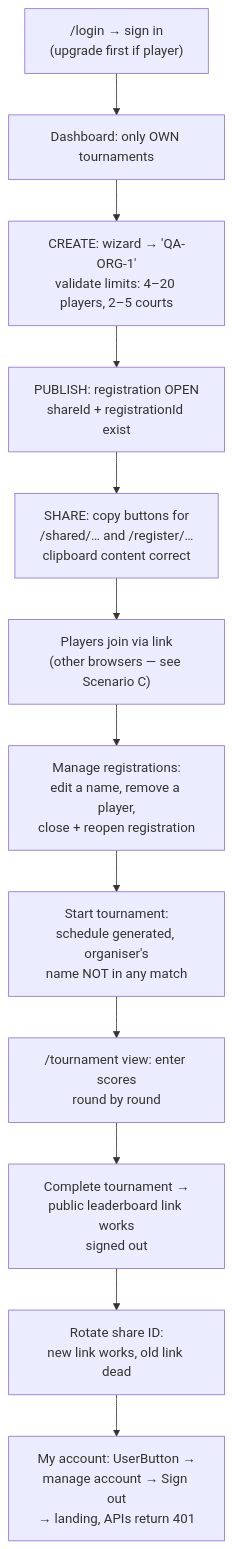
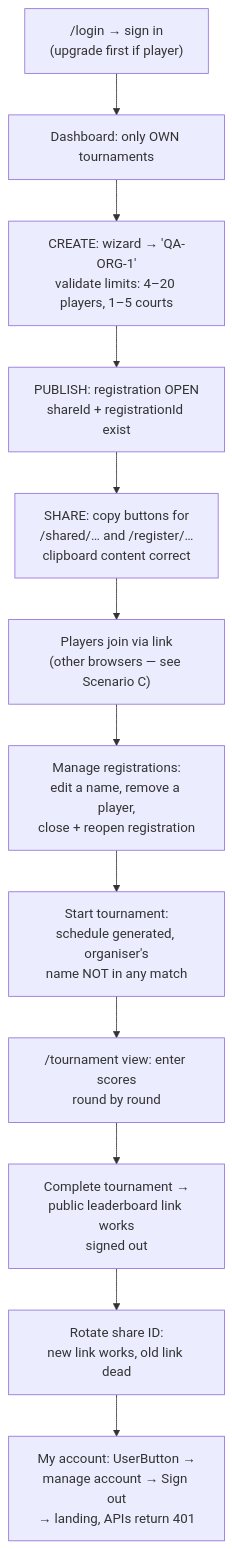
One commit to SergejSoft/Padel-app changed the sixth of 7 diagrams in docs/user-flow-test-scenarios.md. Above: the diagram before and after it, drawn with Mermaid. The commit also changed 12 other files, not shown here.

First line of the commit message:
Set up tournaments by courts first, then players

````diff
--- a/docs/user-flow-test-scenarios.md
+++ b/docs/user-flow-test-scenarios.md
@@ -194,14 +194,14 @@
 ```mermaid
 flowchart TD
     E1["/login → sign in\n(upgrade first if player)"] --> E2["Dashboard: only OWN tournaments"]
-    E2 --> E3["CREATE: wizard → 'QA-ORG-1'\nvalidate limits: 4–20 players, 2–5 courts"]
+    E2 --> E3["CREATE: wizard → 'QA-ORG-1'\nvalidate limits: 4–20 players, 1–5 courts"]
     E3 --> E4["PUBLISH: registration OPEN\nshareId + registrationId exist"]
     E4 --> E5["SHARE: copy buttons for\n/shared/… and /register/…\nclipboard content correct"]
     E5 --> E6["Players join via link\n(other browsers — see Scenario C)"]
     E6 --> E7["Manage registrations:\nedit a name, remove a player,\nclose + reopen registration"]
     E7 --> E8["Start tournament:\nschedule generated, organiser's\nname NOT in any match"]
     E8 --> E9["/tournament view: enter scores\nround by round"]
     E9 --> E10["Complete tournament →\npublic leaderboard link works\nsigned out"]
     E10 --> E11["Rotate share ID:\nnew link works, old link dead"]
     E11 --> E12["My account: UserButton →\nmanage account → Sign out\n→ landing, APIs return 401"]
 ```
````
